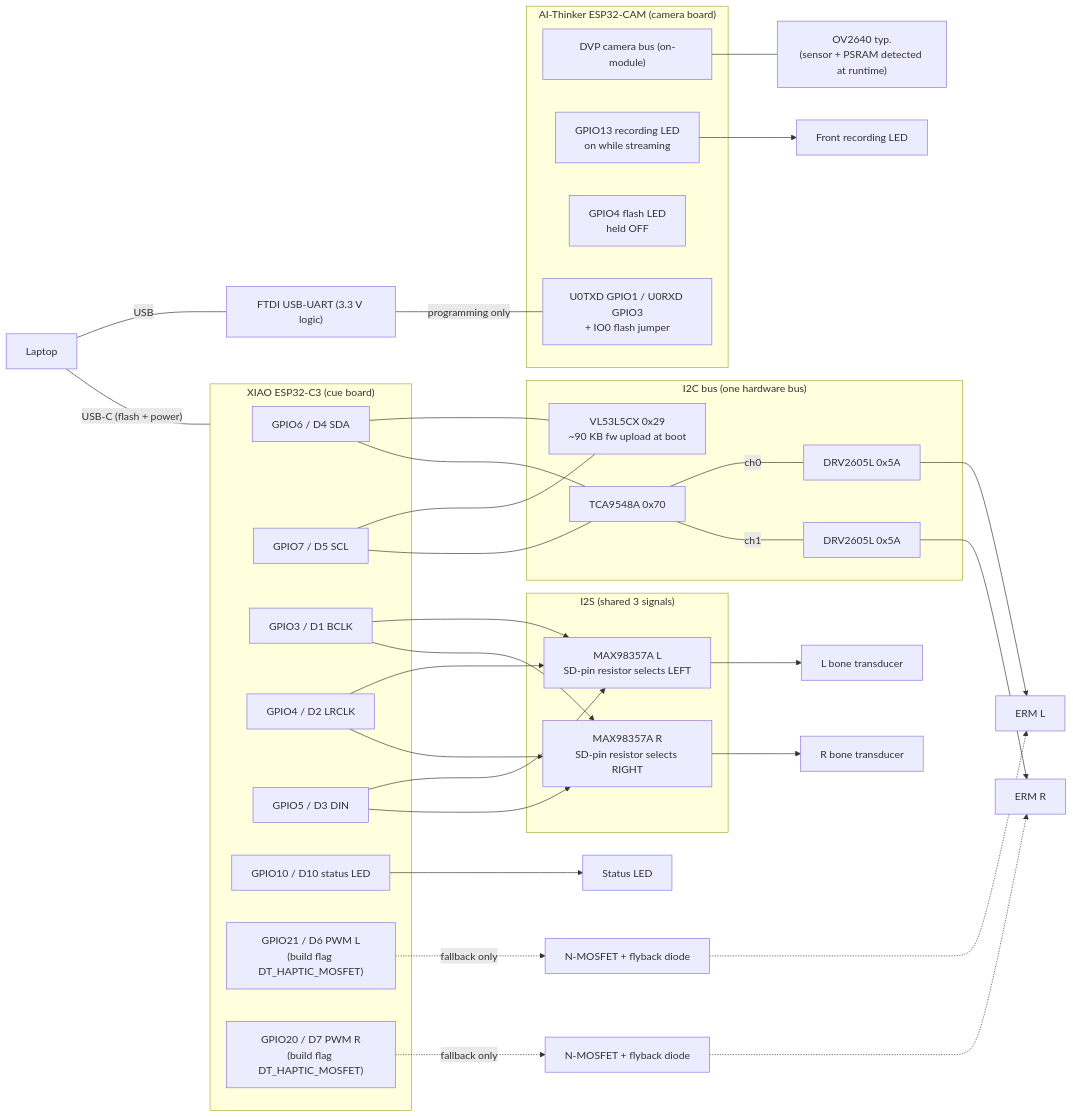
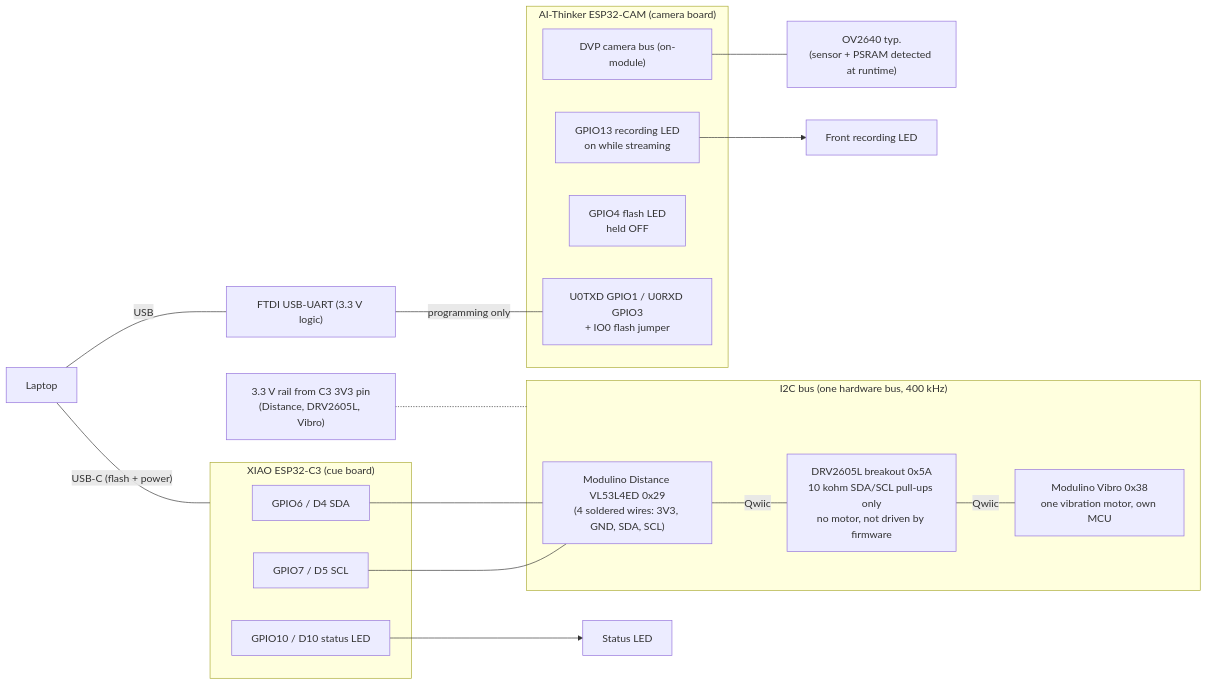
One commit to nunera/Determine changed the second of 6 diagrams in docs/flows/hardware.md. Above: the diagram before and after it, drawn with Mermaid. The commit also changed other lines of this file and 159 other files, not shown here.

First line of the commit message:
Bring iOS app live with tuning, diagnostics, OCR and Vibro firmware

````diff
--- a/docs/flows/hardware.md
+++ b/docs/flows/hardware.md
@@ -68,53 +66,30 @@
 ```mermaid
 flowchart LR
   subgraph C3["XIAO ESP32-C3 (cue board)"]
     SDA["GPIO6 / D4 SDA"]
     SCL["GPIO7 / D5 SCL"]
-    BCLK["GPIO3 / D1 BCLK"]
-    LRC["GPIO4 / D2 LRCLK"]
-    DIN["GPIO5 / D3 DIN"]
     LED["GPIO10 / D10 status LED"]
-    PWML["GPIO21 / D6 PWM L<br/>(build flag DT_HAPTIC_MOSFET)"]
-    PWMR["GPIO20 / D7 PWM R<br/>(build flag DT_HAPTIC_MOSFET)"]
   end
-  subgraph I2C["I2C bus (one hardware bus)"]
-    TOF["VL53L5CX 0x29<br/>~90 KB fw upload at boot"]
-    MUX["TCA9548A 0x70"]
-    DL["DRV2605L 0x5A"]
-    DR["DRV2605L 0x5A"]
+  subgraph I2C["I2C bus (one hardware bus, 400 kHz)"]
+    TOF["Modulino Distance VL53L4ED 0x29<br/>(4 soldered wires: 3V3, GND, SDA, SCL)"]
+    DRV["DRV2605L breakout 0x5A<br/>10 kohm SDA/SCL pull-ups only<br/>no motor, not driven by firmware"]
+    VIB["Modulino Vibro 0x38<br/>one vibration motor, own MCU"]
   end
   SDA --- TOF
   SCL --- TOF
-  SDA --- MUX
-  SCL --- MUX
-  MUX -- "ch0" --- DL
-  MUX -- "ch1" --- DR
-  DL --> ERML["ERM L"]
-  DR --> ERMR["ERM R"]
-  subgraph I2S["I2S (shared 3 signals)"]
-    AL["MAX98357A L<br/>SD-pin resistor selects LEFT"]
-    AR["MAX98357A R<br/>SD-pin resistor selects RIGHT"]
-  end
-  BCLK --> AL
-  BCLK --> AR
-  LRC --> AL
-  LRC --> AR
-  DIN --> AL
-  DIN --> AR
-  AL --> TL["L bone transducer"]
-  AR --> TR["R bone transducer"]
+  TOF -- "Qwiic" --- DRV
+  DRV -- "Qwiic" --- VIB
+  RAIL["3.3 V rail from C3 3V3 pin<br/>(Distance, DRV2605L, Vibro)"] -.- I2C
   LED --> SLED["Status LED"]
-  PWML -. "fallback only" .-> QL["N-MOSFET + flyback diode"] -.-> ERML
-  PWMR -. "fallback only" .-> QR["N-MOSFET + flyback diode"] -.-> ERMR
   subgraph CAMB["AI-Thinker ESP32-CAM (camera board)"]
     DVP["DVP camera bus (on-module)"]
     G13["GPIO13 recording LED<br/>on while streaming"]
     G4["GPIO4 flash LED<br/>held OFF"]
     UART["U0TXD GPIO1 / U0RXD GPIO3<br/>+ IO0 flash jumper"]
   end
   DVP --- OV["OV2640 typ.<br/>(sensor + PSRAM detected at runtime)"]
   G13 --> RLED["Front recording LED"]
   FTDI["FTDI USB-UART (3.3 V logic)"] -- "programming only" --- UART
   PC["Laptop"] -- "USB" --- FTDI
   PC -- "USB-C (flash + power)" --- C3
 ```
````
